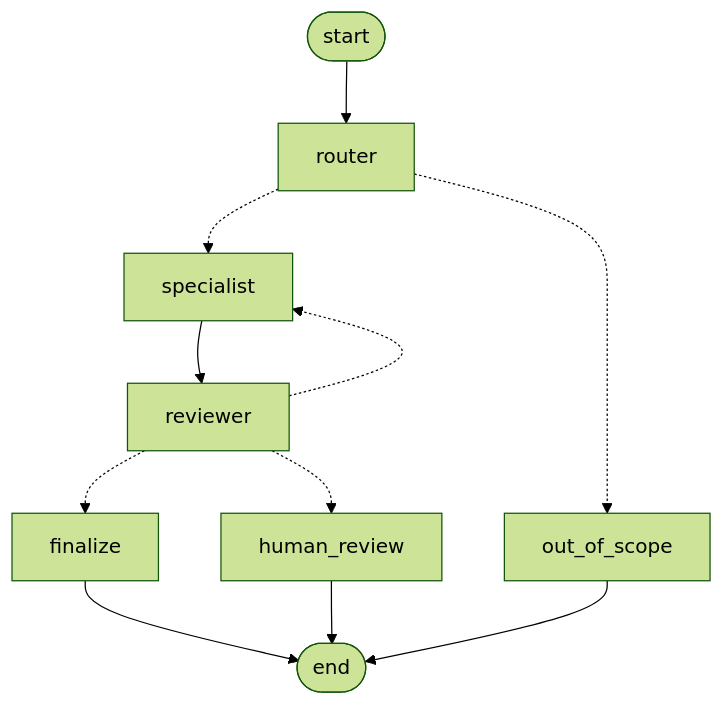
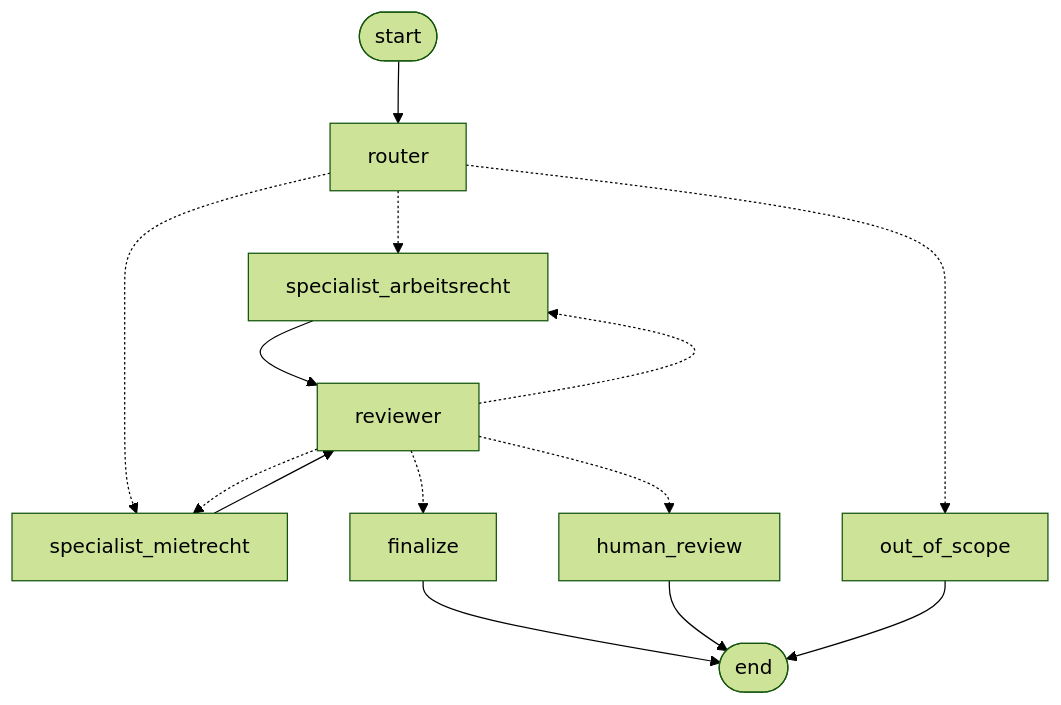
Before and after one commit to tim931451/swiss-legal-agent: the second of 2 diagrams in docs/architecture.md, drawn with Mermaid (forest theme). The commit also changed other lines of this file and 5 other files, not shown here.

Commit message:
T14: two specialist agents, reviewer loop per area, human in the loop with interrupt()

````diff
--- a/docs/architecture.md
+++ b/docs/architecture.md
@@ -41,13 +43,16 @@
 ```mermaid
 graph TD;
     __start__([start]) --> router;
-    router -.-> specialist;
+    router -.-> specialist_arbeitsrecht;
+    router -.-> specialist_mietrecht;
     router -.-> out_of_scope;
-    specialist --> reviewer;
+    specialist_arbeitsrecht --> reviewer;
+    specialist_mietrecht --> reviewer;
     reviewer -.-> finalize;
-    reviewer -.-> specialist;
+    reviewer -.-> specialist_arbeitsrecht;
+    reviewer -.-> specialist_mietrecht;
     reviewer -.-> human_review;
     finalize --> __end__([end]);
     human_review --> __end__;
     out_of_scope --> __end__;
 ```
````
